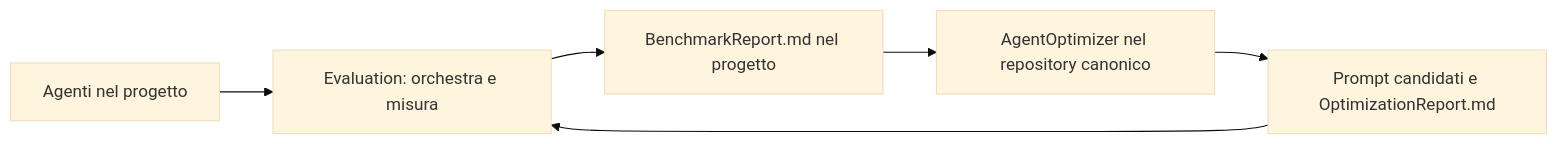
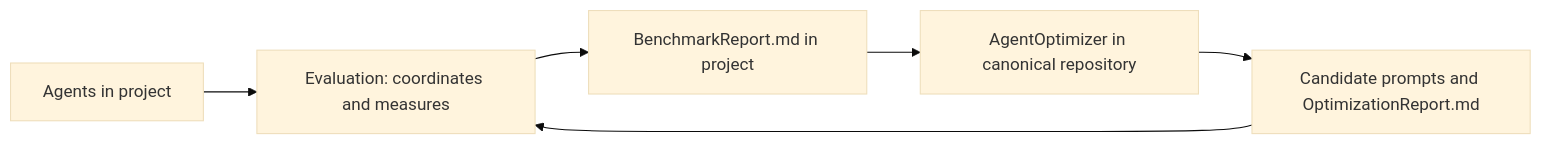
The diagram in README.md (bonatopietro01/Agents-Automation), drawn with Mermaid (base theme) before and after one commit. The commit also changed other lines of this file and 27 other files, not shown here.

````diff
--- a/README.md
+++ b/README.md
@@ -67,8 +69,8 @@
 ```mermaid
 flowchart LR
-    P[Agenti nel progetto] --> E[Evaluation: orchestra e misura]
-    E --> R[BenchmarkReport.md nel progetto]
-    R --> O[AgentOptimizer nel repository canonico]
-    O --> C[Prompt candidati e OptimizationReport.md]
+    P[Agents in project] --> E[Evaluation: coordinates and measures]
+    E --> R[BenchmarkReport.md in project]
+    R --> O[AgentOptimizer in canonical repository]
+    O --> C[Candidate prompts and OptimizationReport.md]
     C --> E
 ```
````
